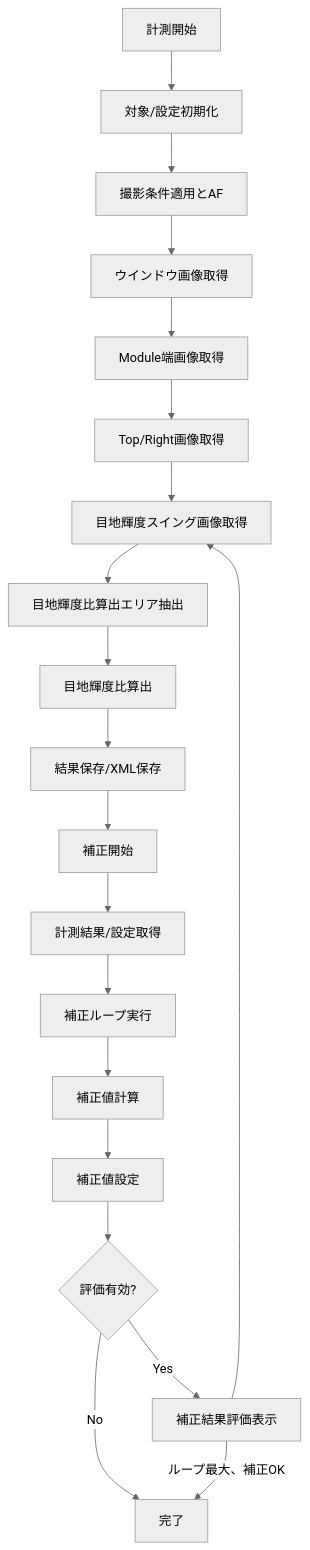
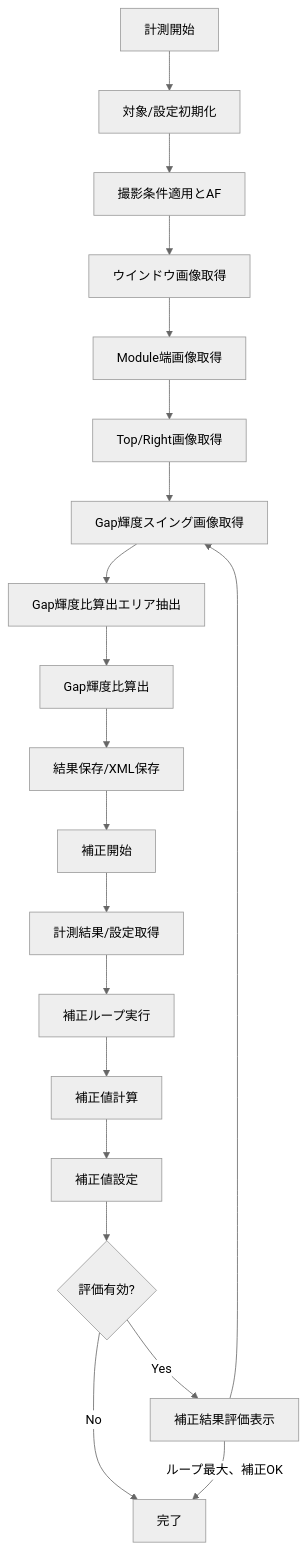
The fifth of 51 diagrams in docs/GapCamera_詳細設計書.md (HottaTakayuki/ColorAlignmentSoftware), drawn with Mermaid (neutral theme) before and after one commit. The commit also changed other lines of this file and 5 other files, not shown here.

````diff
--- a/docs/GapCamera_詳細設計書.md
+++ b/docs/GapCamera_詳細設計書.md
@@ -427,21 +427,21 @@
 ```mermaid
 flowchart TD
     A[計測開始] --> B[対象/設定初期化]
     B --> C[撮影条件適用とAF]
     C --> D[ウインドウ画像取得]
     D --> E[Module端画像取得]
     E --> F[Top/Right画像取得]
-    F --> G[目地輝度スイング画像取得]
-    G --> H[目地輝度比算出エリア抽出]
-    H --> I[目地輝度比算出]
+    F --> G[Gap輝度スイング画像取得]
+    G --> H[Gap輝度比算出エリア抽出]
+    H --> I[Gap輝度比算出]
     I --> J[結果保存/XML保存]
     J --> K[補正開始] --> L[計測結果/設定取得]
     L --> P[補正ループ実行]
     P --> Q[補正値計算]
     Q --> R[補正値設定]
     R --> S{評価有効?}
     S -->|Yes| T[補正結果評価表示]
     T --> G
     S -->|No| U[結果表示更新]
     T --> |ループ最大、補正OK| U[完了]
 ```
````
